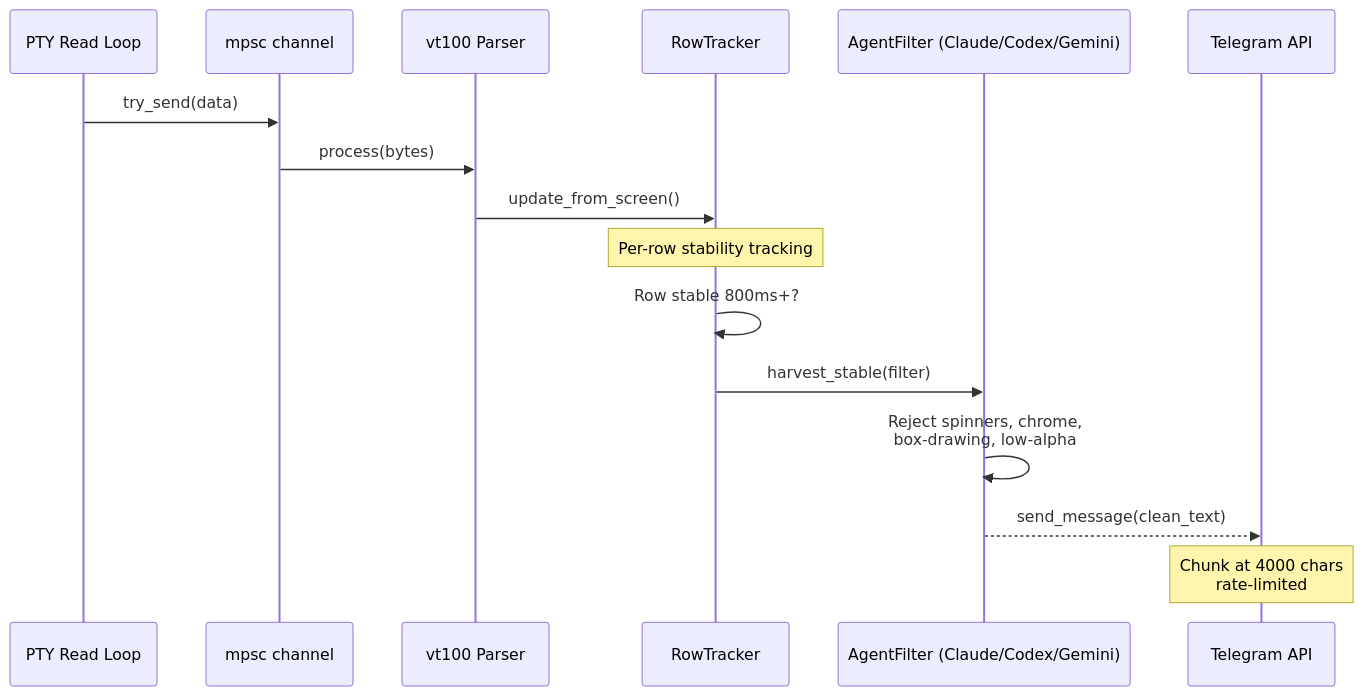
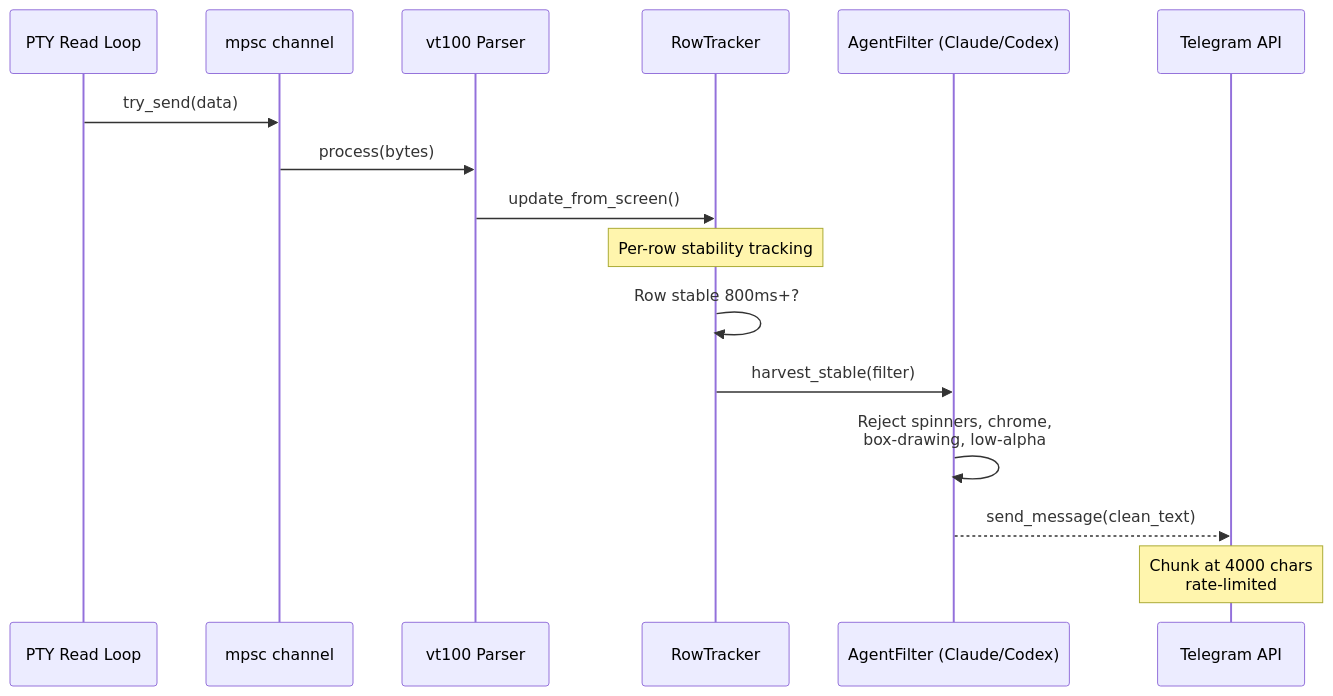
The ninth of 14 diagrams in docs/reference/architecture.md (mblua/AgentsCommander), drawn with Mermaid before and after one commit. The commit also changed other lines of this file and 26 other files, not shown here.

First line of the commit message:
docs: replace stale Gemini coding-agent support with Antigravity (#1482)

````diff
--- a/docs/reference/architecture.md
+++ b/docs/reference/architecture.md
@@ -529,19 +529,19 @@
 ```mermaid
 sequenceDiagram
     participant PTY as PTY Read Loop
     participant CH as mpsc channel
     participant VT as vt100 Parser
     participant RT as RowTracker
-    participant CF as AgentFilter (Claude/Codex/Gemini)
+    participant CF as AgentFilter (Claude/Codex)
     participant TG as Telegram API
 
     PTY->>CH: try_send(data)
     CH->>VT: process(bytes)
     VT->>RT: update_from_screen()
     Note over RT: Per-row stability tracking
     RT->>RT: Row stable 800ms+?
     RT->>CF: harvest_stable(filter)
     CF->>CF: Reject spinners, chrome,<br/>box-drawing, low-alpha
     CF-->>TG: send_message(clean_text)
     Note over TG: Chunk at 4000 chars<br/>rate-limited
 ```
````
